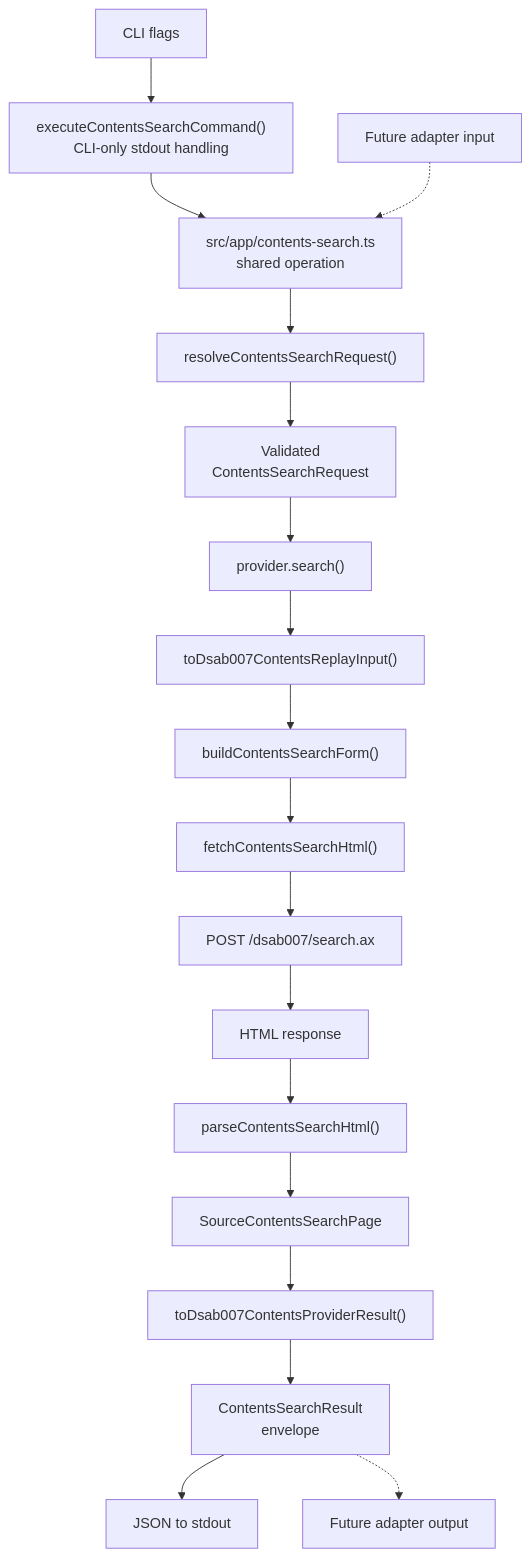
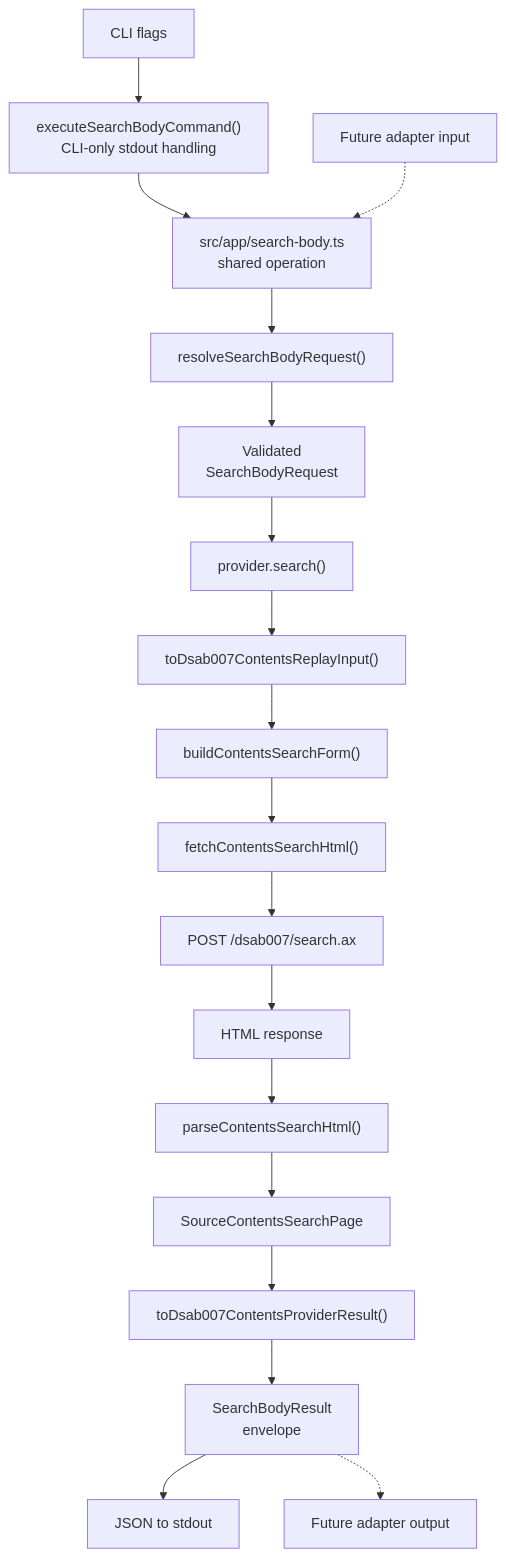
Before and after one commit to cpaikr/darty: the fourth of 6 diagrams in src/ARCHITECTURE.md, drawn with Mermaid. The commit also changed other lines of this file and 101 other files, not shown here.

````diff
--- a/src/ARCHITECTURE.md
+++ b/src/ARCHITECTURE.md
@@ -189,39 +189,39 @@
 ```mermaid
 graph TD
     CLI_INPUT["CLI flags"]
     FUTURE_INPUT["Future adapter input"]
-    CLI_CMD["executeContentsSearchCommand()\nCLI-only stdout handling"]
-    APP["src/app/contents-search.ts\nshared operation"]
-    RESOLVE["resolveContentsSearchRequest()"]
-    REQUEST["Validated\nContentsSearchRequest"]
+    CLI_CMD["executeSearchBodyCommand()\nCLI-only stdout handling"]
+    APP["src/app/search-body.ts\nshared operation"]
+    RESOLVE["resolveSearchBodyRequest()"]
+    REQUEST["Validated\nSearchBodyRequest"]
     PROVIDER["provider.search()"]
     TO_REPLAY["toDsab007ContentsReplayInput()"]
     BUILD["buildContentsSearchForm()"]
     FETCH["fetchContentsSearchHtml()"]
     POST["POST /dsab007/search.ax"]
     HTML["HTML response"]
     PARSE_HTML["parseContentsSearchHtml()"]
     SOURCE_PAGE["SourceContentsSearchPage"]
     TO_RESULT["toDsab007ContentsProviderResult()"]
-    ENVELOPE["ContentsSearchResult\nenvelope"]
+    ENVELOPE["SearchBodyResult\nenvelope"]
     CLI_OUTPUT["JSON to stdout"]
     FUTURE_OUTPUT["Future adapter output"]
 
     CLI_INPUT --> CLI_CMD
     CLI_CMD --> APP
     FUTURE_INPUT -.-> APP
     APP --> RESOLVE
     RESOLVE --> REQUEST
     REQUEST --> PROVIDER
     PROVIDER --> TO_REPLAY
     TO_REPLAY --> BUILD
     BUILD --> FETCH
     FETCH --> POST
     POST --> HTML
     HTML --> PARSE_HTML
     PARSE_HTML --> SOURCE_PAGE
     SOURCE_PAGE --> TO_RESULT
     TO_RESULT --> ENVELOPE
     ENVELOPE --> CLI_OUTPUT
     ENVELOPE -.-> FUTURE_OUTPUT
 ```
````
